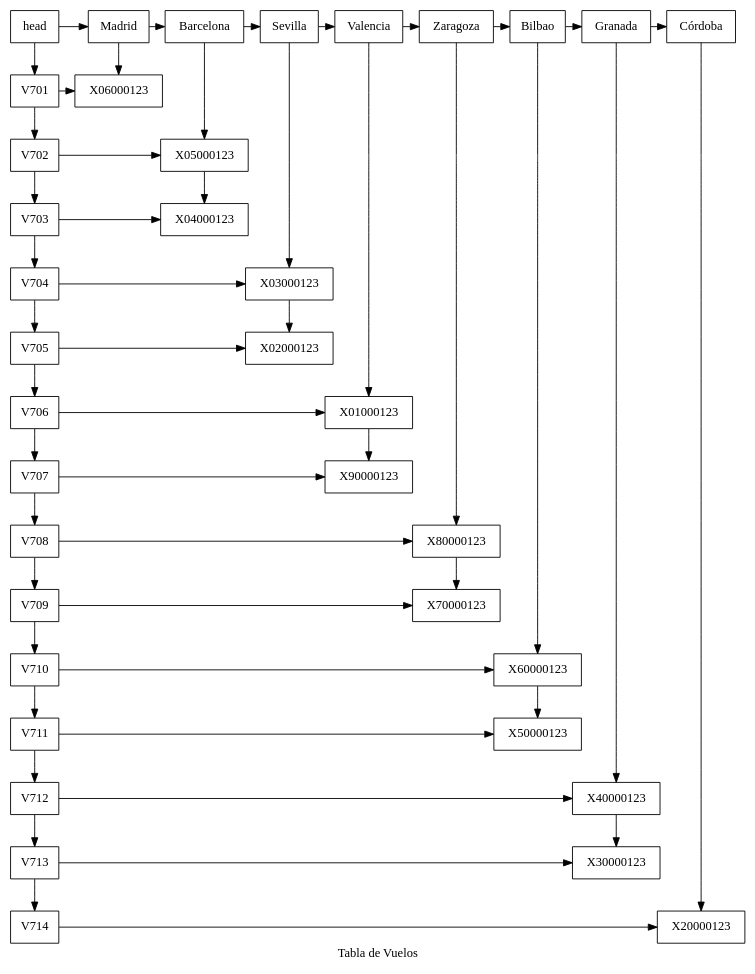
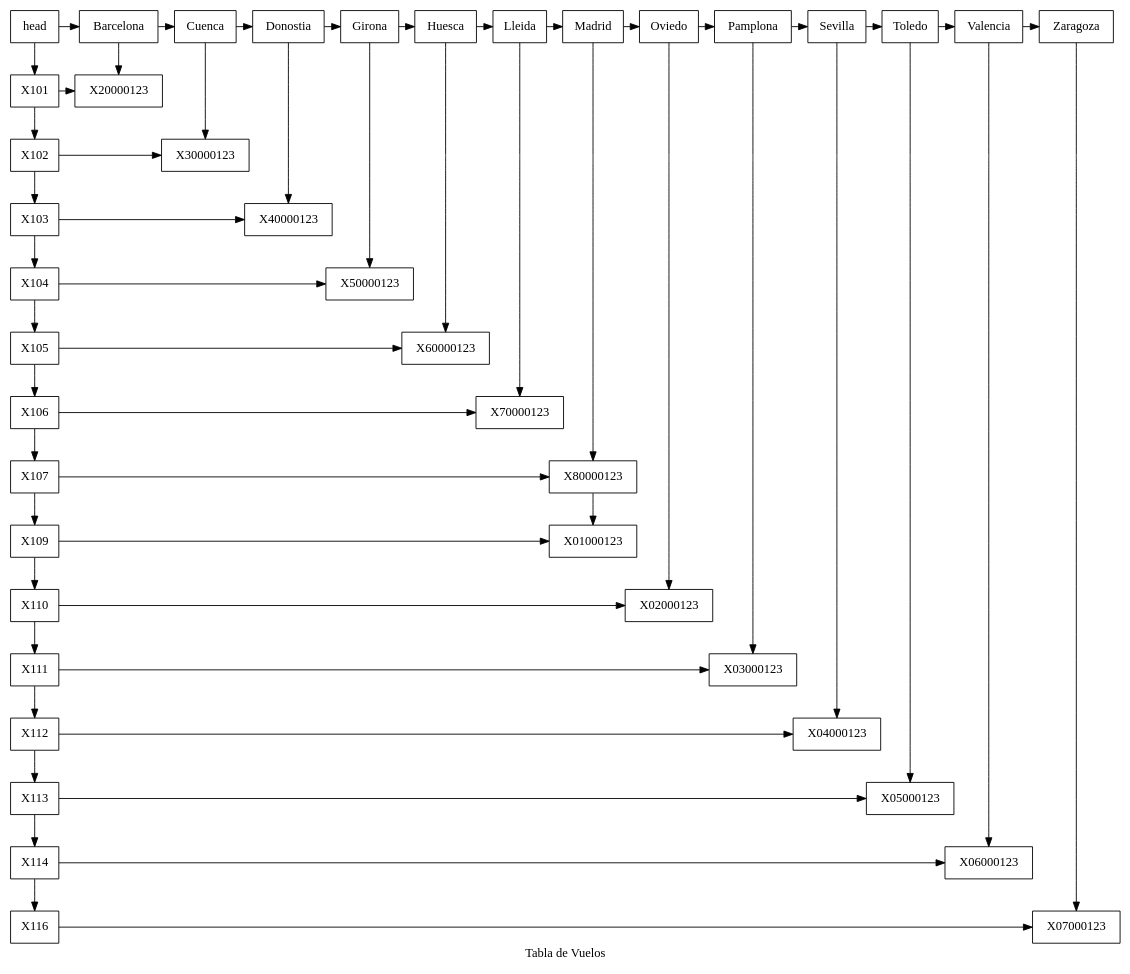
Before and after one commit to MarvinCastellanos/201700490_EDD_Proyecto: the diagram in dot/tablaDeVuelos.dot, drawn with Graphviz. The commit also changed 17 other files, not shown here.

```diff
--- a/dot/tablaDeVuelos.dot
+++ b/dot/tablaDeVuelos.dot
@@ -1,99 +1,114 @@
 digraph Matriz_dispersa {
 node[shape=box];
 label="Tabla de Vuelos";
 
 n0 [label="head" group=0];
+cBarcelona[label="Barcelona" group=Barcelona];
+cCuenca[label="Cuenca" group=Cuenca];
+cDonostia[label="Donostia" group=Donostia];
+cGirona[label="Girona" group=Girona];
+cHuesca[label="Huesca" group=Huesca];
+cLleida[label="Lleida" group=Lleida];
 cMadrid[label="Madrid" group=Madrid];
-cBarcelona[label="Barcelona" group=Barcelona];
+cOviedo[label="Oviedo" group=Oviedo];
+cPamplona[label="Pamplona" group=Pamplona];
 cSevilla[label="Sevilla" group=Sevilla];
+cToledo[label="Toledo" group=Toledo];
 cValencia[label="Valencia" group=Valencia];
 cZaragoza[label="Zaragoza" group=Zaragoza];
-cBilbao[label="Bilbao" group=Bilbao];
-cGranada[label="Granada" group=Granada];
-cCórdoba[label="Córdoba" group=Córdoba];
 
-rV701[label="V701" group=0];
-rV702[label="V702" group=0];
-rV703[label="V703" group=0];
-rV704[label="V704" group=0];
-rV705[label="V705" group=0];
-rV706[label="V706" group=0];
-rV707[label="V707" group=0];
-rV708[label="V708" group=0];
-rV709[label="V709" group=0];
-rV710[label="V710" group=0];
-rV711[label="V711" group=0];
-rV712[label="V712" group=0];
-rV713[label="V713" group=0];
-rV714[label="V714" group=0];
+rX101[label="X101" group=0];
+rX102[label="X102" group=0];
+rX103[label="X103" group=0];
+rX104[label="X104" group=0];
+rX105[label="X105" group=0];
+rX106[label="X106" group=0];
+rX107[label="X107" group=0];
+rX109[label="X109" group=0];
+rX110[label="X110" group=0];
+rX111[label="X111" group=0];
+rX112[label="X112" group=0];
+rX113[label="X113" group=0];
+rX114[label="X114" group=0];
+rX116[label="X116" group=0];
 
-nX06000123[label="X06000123" group=Madrid];
+nX20000123[label="X20000123" group=Barcelona];
 
-nX05000123[label="X05000123" group=Barcelona];
-nX04000123[label="X04000123" group=Barcelona];
+nX30000123[label="X30000123" group=Cuenca];
 
-nX03000123[label="X03000123" group=Sevilla];
-nX02000123[label="X02000123" group=Sevilla];
+nX40000123[label="X40000123" group=Donostia];
 
-nX01000123[label="X01000123" group=Valencia];
-nX90000123[label="X90000123" group=Valencia];
+nX50000123[label="X50000123" group=Girona];
 
-nX80000123[label="X80000123" group=Zaragoza];
-nX70000123[label="X70000123" group=Zaragoza];
+nX60000123[label="X60000123" group=Huesca];
 
-nX60000123[label="X60000123" group=Bilbao];
-nX50000123[label="X50000123" group=Bilbao];
+nX70000123[label="X70000123" group=Lleida];
 
-nX40000123[label="X40000123" group=Granada];
-nX30000123[label="X30000123" group=Granada];
+nX80000123[label="X80000123" group=Madrid];
+nX01000123[label="X01000123" group=Madrid];
 
-nX20000123[label="X20000123" group=Córdoba];
+nX02000123[label="X02000123" group=Oviedo];
+
+nX03000123[label="X03000123" group=Pamplona];
+
+nX04000123[label="X04000123" group=Sevilla];
+
+nX05000123[label="X05000123" group=Toledo];
+
+nX06000123[label="X06000123" group=Valencia];
+
+nX07000123[label="X07000123" group=Zaragoza];
 
 
-n0->cMadrid->cBarcelona->cSevilla->cValencia->cZaragoza->cBilbao->cGranada->cCórdoba;
+n0->cBarcelona->cCuenca->cDonostia->cGirona->cHuesca->cLleida->cMadrid->cOviedo->cPamplona->cSevilla->cToledo->cValencia->cZaragoza;
 
-rV701->nX06000123;
-rV702->nX05000123;
-rV703->nX04000123;
-rV704->nX03000123;
-rV705->nX02000123;
-rV706->nX01000123;
-rV707->nX90000123;
-rV708->nX80000123;
-rV709->nX70000123;
-rV710->nX60000123;
-rV711->nX50000123;
-rV712->nX40000123;
-rV713->nX30000123;
-rV714->nX20000123;
+rX101->nX20000123;
+rX102->nX30000123;
+rX103->nX40000123;
+rX104->nX50000123;
+rX105->nX60000123;
+rX106->nX70000123;
+rX107->nX80000123;
+rX109->nX01000123;
+rX110->nX02000123;
+rX111->nX03000123;
+rX112->nX04000123;
+rX113->nX05000123;
+rX114->nX06000123;
+rX116->nX07000123;
 
 
-n0->rV701->rV702->rV703->rV704->rV705->rV706->rV707->rV708->rV709->rV710->rV711->rV712->rV713->rV714;
+n0->rX101->rX102->rX103->rX104->rX105->rX106->rX107->rX109->rX110->rX111->rX112->rX113->rX114->rX116;
 
-cMadrid->nX06000123;
-cBarcelona->nX05000123->nX04000123;
-cSevilla->nX03000123->nX02000123;
-cValencia->nX01000123->nX90000123;
-cZaragoza->nX80000123->nX70000123;
-cBilbao->nX60000123->nX50000123;
-cGranada->nX40000123->nX30000123;
-cCórdoba->nX20000123;
+cBarcelona->nX20000123;
+cCuenca->nX30000123;
+cDonostia->nX40000123;
+cGirona->nX50000123;
+cHuesca->nX60000123;
+cLleida->nX70000123;
+cMadrid->nX80000123->nX01000123;
+cOviedo->nX02000123;
+cPamplona->nX03000123;
+cSevilla->nX04000123;
+cToledo->nX05000123;
+cValencia->nX06000123;
+cZaragoza->nX07000123;
 
-{ rank=same;n0;cMadrid;cBarcelona;cSevilla;cValencia;cZaragoza;cBilbao;cGranada;cCórdoba;}
+{ rank=same;n0;cBarcelona;cCuenca;cDonostia;cGirona;cHuesca;cLleida;cMadrid;cOviedo;cPamplona;cSevilla;cToledo;cValencia;cZaragoza;}
 
-{rank=same;rV701;nX06000123;}
-{rank=same;rV702;nX05000123;}
-{rank=same;rV703;nX04000123;}
-{rank=same;rV704;nX03000123;}
-{rank=same;rV705;nX02000123;}
-{rank=same;rV706;nX01000123;}
-{rank=same;rV707;nX90000123;}
-{rank=same;rV708;nX80000123;}
-{rank=same;rV709;nX70000123;}
-{rank=same;rV710;nX60000123;}
-{rank=same;rV711;nX50000123;}
-{rank=same;rV712;nX40000123;}
-{rank=same;rV713;nX30000123;}
-{rank=same;rV714;nX20000123;}
+{rank=same;rX101;nX20000123;}
+{rank=same;rX102;nX30000123;}
+{rank=same;rX103;nX40000123;}
+{rank=same;rX104;nX50000123;}
+{rank=same;rX105;nX60000123;}
+{rank=same;rX106;nX70000123;}
+{rank=same;rX107;nX80000123;}
+{rank=same;rX109;nX01000123;}
+{rank=same;rX110;nX02000123;}
+{rank=same;rX111;nX03000123;}
+{rank=same;rX112;nX04000123;}
+{rank=same;rX113;nX05000123;}
+{rank=same;rX114;nX06000123;}
+{rank=same;rX116;nX07000123;}
 
 }
```
